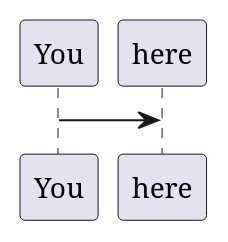
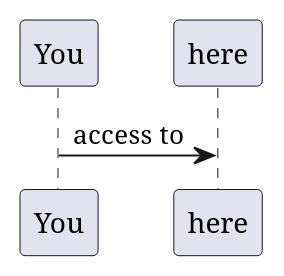
The diagram in README.md (lentian/lentian), drawn with PlantUML before and after one commit.

````diff
--- a/README.md
+++ b/README.md
@@ -9,5 +9,5 @@
 ```plantuml
 @startuml
-You -> here
+You -> here : access to
 @enduml
 ```
````
